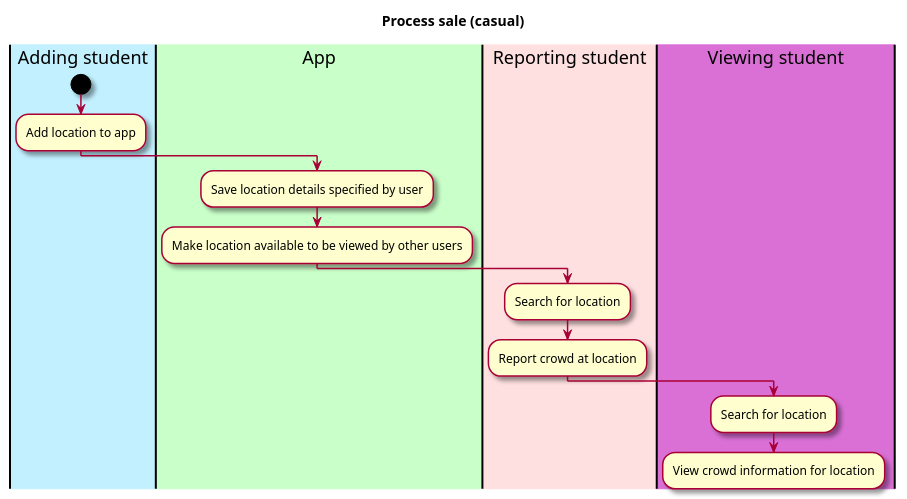
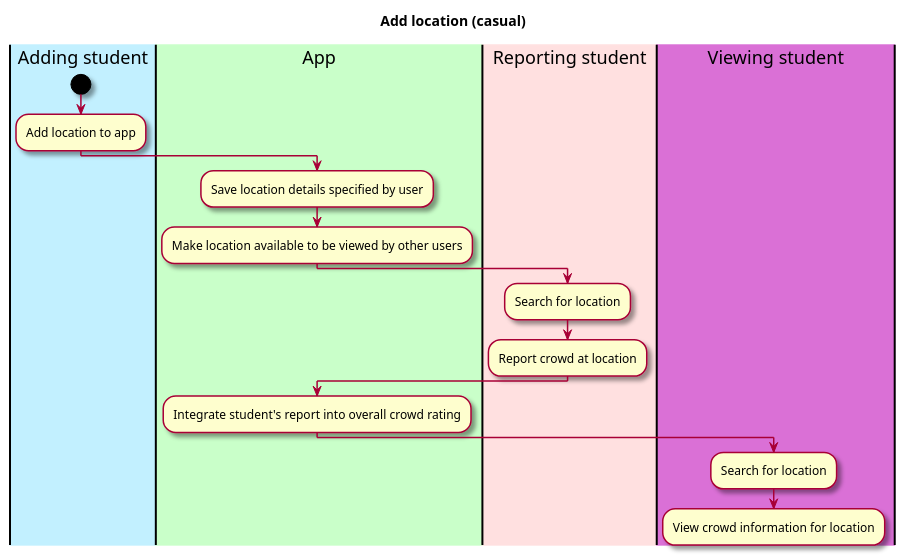
One commit to manoushpajouh/Vassar-Crowdmeter changed the diagram in intellij/documentation/use_cases/add_location.md. Above: the diagram before and after it, drawn with PlantUML. The commit also changed other lines of this file and 2 other files, not shown here.

Commit message:
minor edits to add_location, glossary, and non-functional specification

````diff
--- a/intellij/documentation/use_cases/add_location.md
+++ b/intellij/documentation/use_cases/add_location.md
@@ -25,31 +26,34 @@
 ```plantuml
 @startuml
 
 skin rose
 
-title Process sale (casual)
+title Add location (casual)
 
 'define the lanes
 |#application|Adding student|
 |#technology|App|
 |#implementation|Reporting student|
 |#orchid|Viewing student|
 
 |Adding student|
 start
 :Add location to app;
 
 |App|
 :Save location details specified by user; 
 :Make location available to be viewed by other users;
 
 |Reporting student|
 :Search for location; 
 :Report crowd at location;
 
+|App|
+:Integrate student's report into overall crowd rating;
+
 |Viewing student|
 :Search for location; 
 :View crowd information for location; 
 
 @enduml
 ```
````
